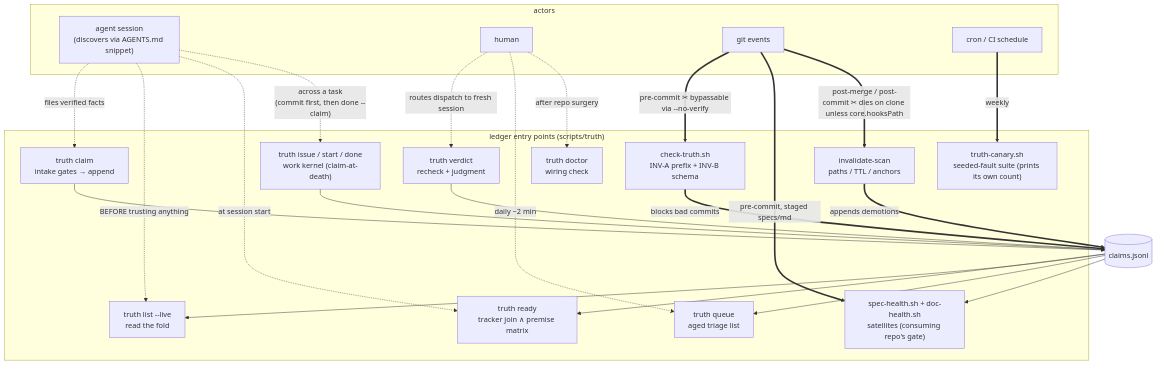
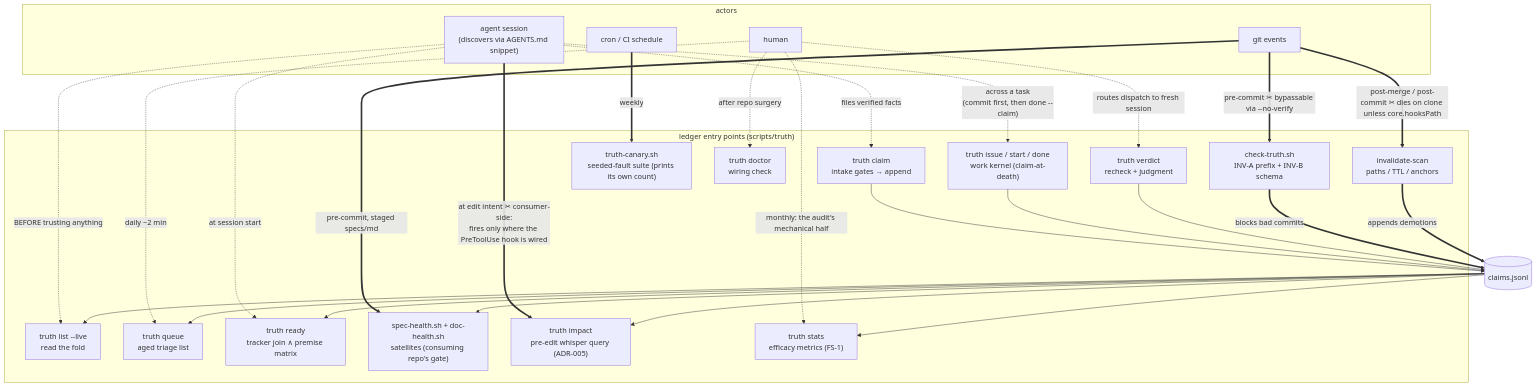
One commit to m1981/truth-ledger changed the first of 4 diagrams in docs/truth-ledger-operations-guide.md. Above: the diagram before and after it, drawn with Mermaid. The commit also changed other lines of this file and 5 other files, not shown here.

````diff
--- a/docs/truth-ledger-operations-guide.md
+++ b/docs/truth-ledger-operations-guide.md
@@ -87,44 +88,50 @@
 ```mermaid
 flowchart TB
     subgraph actors["actors"]
         AG["agent session<br/>(discovers via AGENTS.md snippet)"]
         HU["human"]
         GIT["git events"]
         CRON["cron / CI schedule"]
     end
 
     subgraph cli["ledger entry points (scripts/truth)"]
         CLAIM["truth claim<br/>intake gates → append"]
         LIST["truth list --live<br/>read the fold"]
         VERD["truth verdict<br/>recheck + judgment"]
         QUEUE["truth queue<br/>aged triage list"]
         READY["truth ready<br/>tracker join ∧ premise matrix"]
         KERN["truth issue / start / done<br/>work kernel (claim-at-death)"]
         SCAN["invalidate-scan<br/>paths / TTL / anchors"]
         GATE["check-truth.sh<br/>INV-A prefix + INV-B schema"]
         SAT["spec-health.sh + doc-health.sh<br/>satellites (consuming repo's gate)"]
         CAN["truth-canary.sh<br/>seeded-fault suite (prints its own count)"]
         DOC["truth doctor<br/>wiring check"]
+        IMP["truth impact<br/>pre-edit whisper query (ADR-005)"]
+        STATS["truth stats<br/>efficacy metrics (FS-1)"]
     end
 
     L[("claims.jsonl")]
 
     AG -.->|"files verified facts"| CLAIM --> L
     AG -.->|"BEFORE trusting anything"| LIST
     AG -.->|"at session start"| READY
     AG -.->|"across a task<br/>(commit first, then done --claim)"| KERN --> L
     L --> READY
     L --> LIST
     HU -.->|"routes dispatch to fresh session"| VERD --> L
     HU -.->|"daily ~2 min"| QUEUE
     L --> QUEUE
 
     GIT ==>|"pre-commit ✂ bypassable via --no-verify"| GATE
     GATE ==>|"blocks bad commits"| L
     GIT ==>|"pre-commit, staged specs/md"| SAT
     L --> SAT
     GIT ==>|"post-merge / post-commit ✂ dies on clone unless core.hooksPath"| SCAN
     SCAN ==>|"appends demotions"| L
     CRON ==>|"weekly"| CAN
     HU -.->|"after repo surgery"| DOC
+    AG ==>|"at edit intent ✂ consumer-side:<br/>fires only where the PreToolUse hook is wired"| IMP
+    L --> IMP
+    HU -.->|"monthly: the audit's mechanical half"| STATS
+    L --> STATS
 ```
````
